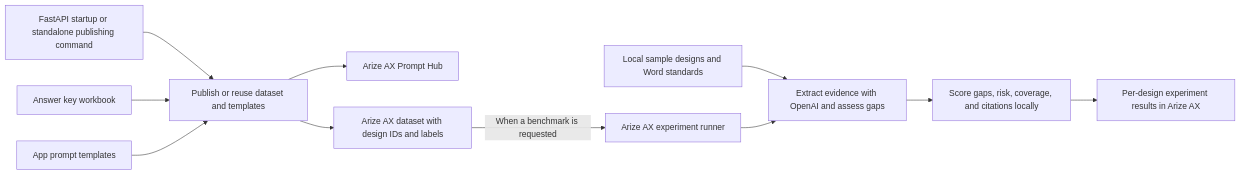
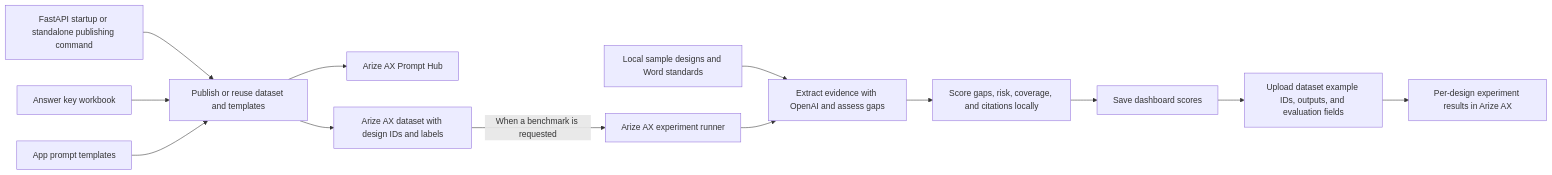
The tenth of 13 diagrams in flowdiagrams.md (girisheduru/archgovasst), drawn with Mermaid before and after one commit. The commit also changed 10 other files, not shown here.

````diff
--- a/flowdiagrams.md
+++ b/flowdiagrams.md
@@ -261,13 +261,15 @@
 ```mermaid
 flowchart LR
     Startup["FastAPI startup or standalone publishing command"] --> Publisher
     Workbook["Answer key workbook"] --> Publisher["Publish or reuse dataset and templates"]
     Prompts["App prompt templates"] --> Publisher
     Publisher --> Hub["Arize AX Prompt Hub"]
     Publisher --> Dataset["Arize AX dataset with design IDs and labels"]
     Dataset -->|"When a benchmark is requested"| SDK["Arize AX experiment runner"]
     Docs["Local sample designs and Word standards"] --> Review["Extract evidence with OpenAI and assess gaps"]
     SDK --> Review
     Review --> Score["Score gaps, risk, coverage, and citations locally"]
-    Score --> AX["Per-design experiment results in Arize AX"]
+    Score --> Reports["Save dashboard scores"]
+    Reports --> Upload["Upload dataset example IDs, outputs, and evaluation fields"]
+    Upload --> AX["Per-design experiment results in Arize AX"]
 ```
````
